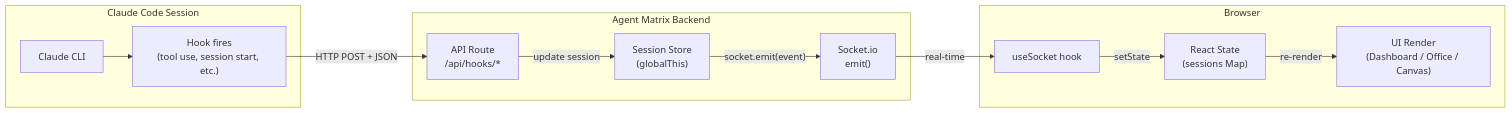
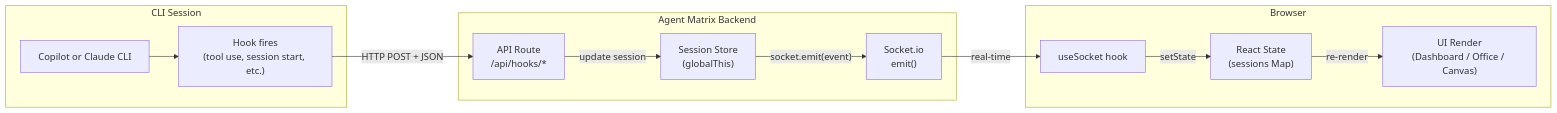
One commit to Nahom-Kefelegne/AgentMatrix changed the second of 6 diagrams in docs/design/README.md. Above: the diagram before and after it, drawn with Mermaid. The commit also changed other lines of this file and 14 other files, not shown here.

````diff
--- a/docs/design/README.md
+++ b/docs/design/README.md
@@ -69,27 +68,27 @@
 ```mermaid
 flowchart LR
-    subgraph "Claude Code Session"
-        CLI["Claude CLI"]
+    subgraph "CLI Session"
+        CLI["Copilot or Claude CLI"]
         Hook["Hook fires<br/>(tool use, session start, etc.)"]
     end
 
     subgraph "Agent Matrix Backend"
         Route["API Route<br/>/api/hooks/*"]
         Store["Session Store<br/>(globalThis)"]
         Socket["Socket.io<br/>emit()"]
     end
 
     subgraph "Browser"
         Handler["useSocket hook"]
         State["React State<br/>(sessions Map)"]
         View["UI Render<br/>(Dashboard / Office / Canvas)"]
     end
 
     CLI --> Hook
     Hook -->|"HTTP POST + JSON"| Route
     Route -->|"update session"| Store
     Store -->|"socket.emit(event)"| Socket
     Socket -->|"real-time"| Handler
     Handler -->|"setState"| State
     State -->|"re-render"| View
 ```
````
